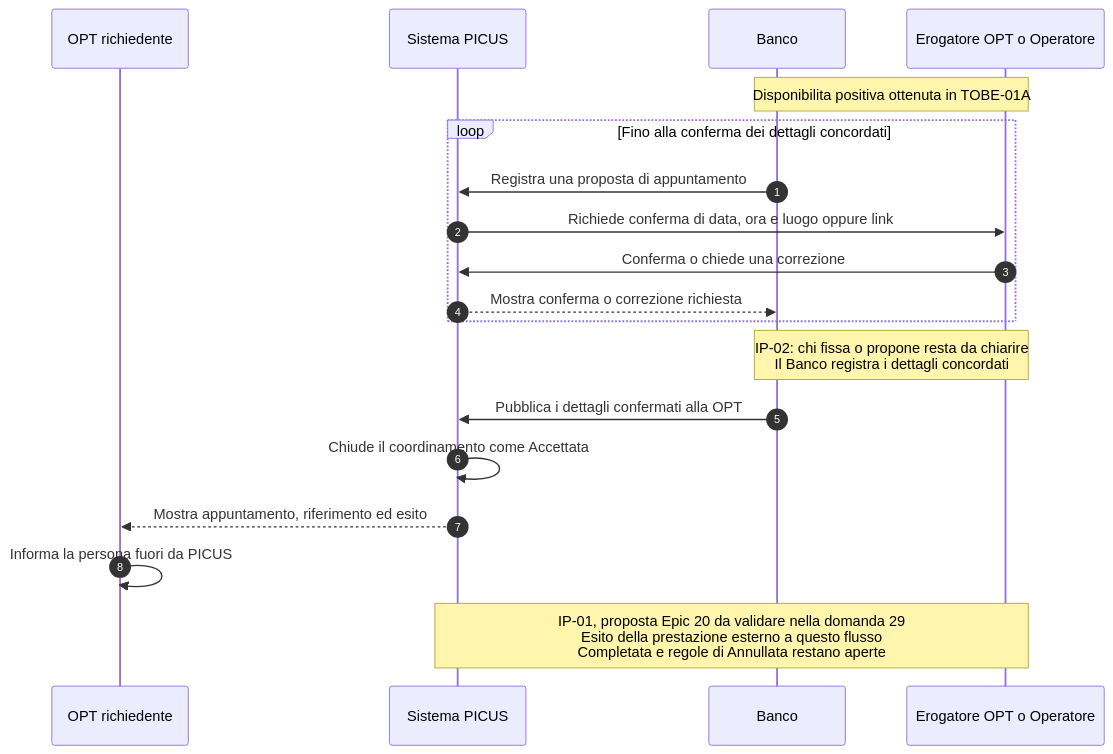
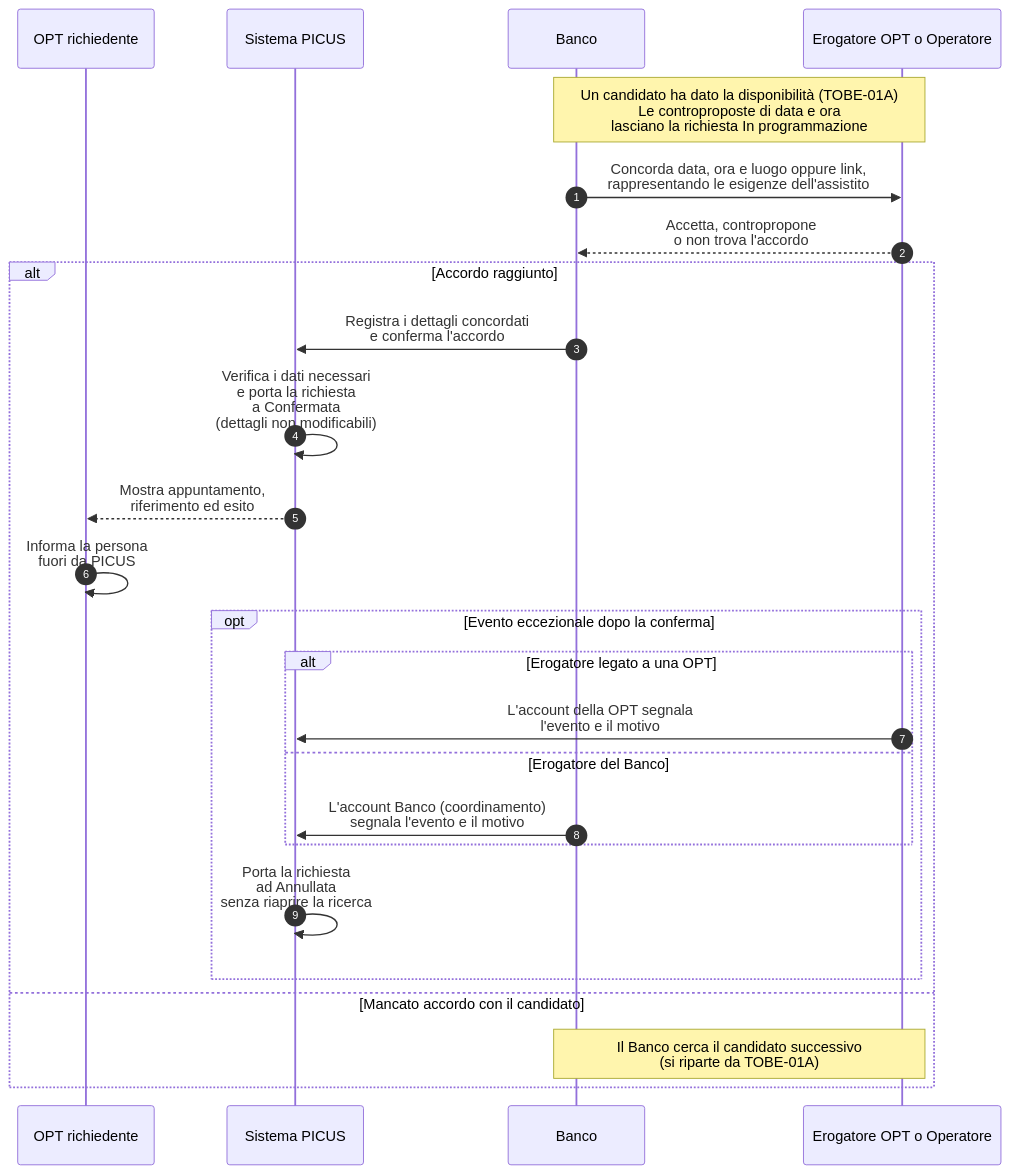
Before and after one commit to Pinguini-alla-Fragola/Progetto-SAD: the diagram in docs/requirements/diagrams/to-be/TOBE-01B-appuntamento-esito.mmd, drawn with Mermaid. The commit also changed 10 other files, not shown here.

First line of the commit message:
docs(to-be): aggiorna i diagrammi di richiesta, appuntamento e rendicontazione (#39)

```diff
--- a/docs/requirements/diagrams/to-be/TOBE-01B-appuntamento-esito.mmd
+++ b/docs/requirements/diagrams/to-be/TOBE-01B-appuntamento-esito.mmd
@@ -1,24 +1,30 @@
-%% TOBE-01B v0.1 - 25/10/2026
-%% Modello proposto: chiusura del coordinamento, non esito della prestazione.
-%% IP-01: Accettata dopo conferma appuntamento. Da validare nella #29.
-%% IP-02: Banco registra dettagli concordati, senza assumere che fissi l'agenda.
+%% TOBE-01B v0.2 - 03/11/2026
+%% Allineato alle scelte del gruppo registrate il 03/11/2026: Banco ed erogatore concordano i dettagli, solo il Banco li registra e conferma.
+%% Stato finale positivo Confermata: attesta l'accordo, non l'erogazione. Dopo la conferma i dettagli non cambiano.
+%% Annullata: solo per evento eccezionale, con motivo obbligatorio, da parte del soggetto legato all'erogatore assegnato.
 sequenceDiagram
     autonumber
     participant R as OPT richiedente
     participant S as Sistema PICUS
     participant B as Banco
     participant E as Erogatore OPT o Operatore
 
-    Note over B,E: Disponibilita positiva ottenuta in TOBE-01A
-    loop Fino alla conferma dei dettagli concordati
-        B->>S: Registra una proposta di appuntamento
-        S->>E: Richiede conferma di data, ora e luogo oppure link
-        E->>S: Conferma o chiede una correzione
-        S-->>B: Mostra conferma o correzione richiesta
+    Note over B,E: Un candidato ha dato la disponibilità (TOBE-01A)<br/>Le controproposte di data e ora<br/>lasciano la richiesta In programmazione
+    B->>E: Concorda data, ora e luogo oppure link,<br/>rappresentando le esigenze dell'assistito
+    E-->>B: Accetta, contropropone<br/>o non trova l'accordo
+    alt Accordo raggiunto
+        B->>S: Registra i dettagli concordati<br/>e conferma l'accordo
+        S->>S: Verifica i dati necessari<br/>e porta la richiesta<br/>a Confermata<br/>(dettagli non modificabili)
+        S-->>R: Mostra appuntamento,<br/>riferimento ed esito
+        R->>R: Informa la persona<br/>fuori da PICUS
+        opt Evento eccezionale dopo la conferma
+            alt Erogatore legato a una OPT
+                E->>S: L'account della OPT segnala<br/>l'evento e il motivo
+            else Erogatore del Banco
+                B->>S: L'account Banco (coordinamento)<br/>segnala l'evento e il motivo
+            end
+            S->>S: Porta la richiesta<br/>ad Annullata<br/>senza riaprire la ricerca
+        end
+    else Mancato accordo con il candidato
+        Note over B,E: Il Banco cerca il candidato successivo<br/>(si riparte da TOBE-01A)
     end
-    Note over B,E: IP-02: chi fissa o propone resta da chiarire<br/>Il Banco registra i dettagli concordati
-    B->>S: Pubblica i dettagli confermati alla OPT
-    S->>S: Chiude il coordinamento come Accettata
-    S-->>R: Mostra appuntamento, riferimento ed esito
-    R->>R: Informa la persona fuori da PICUS
-    Note over S,E: IP-01, proposta Epic 20 da validare nella domanda 29<br/>Esito della prestazione esterno a questo flusso<br/>Completata e regole di Annullata restano aperte
```
